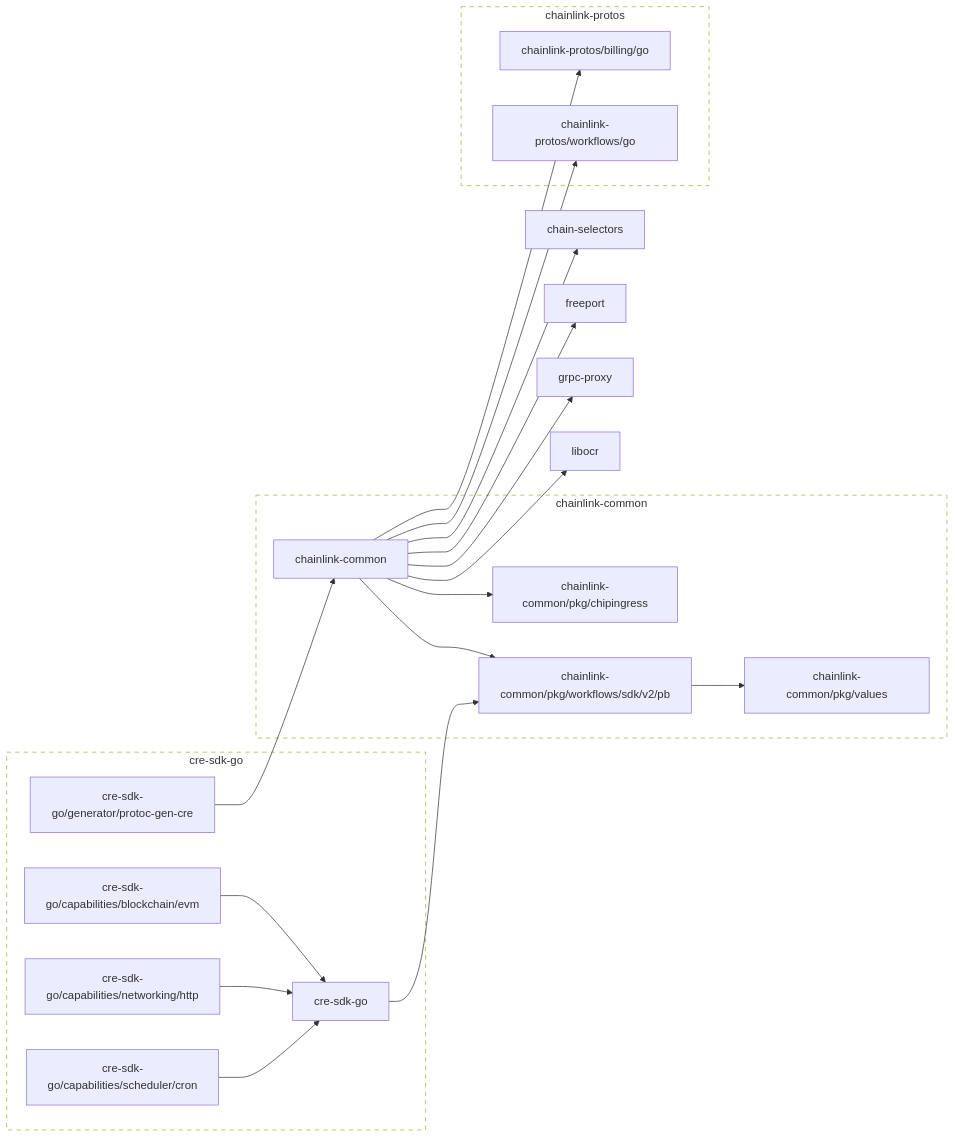
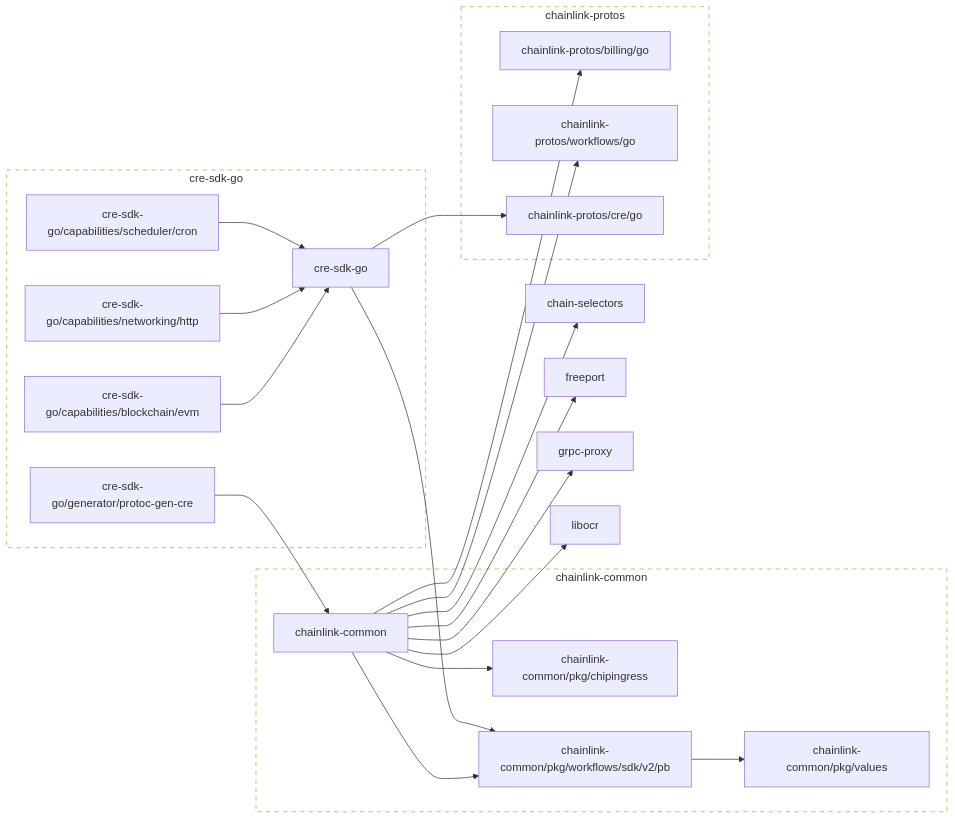
The diagram in go.md (smartcontractkit/cre-sdk-go), drawn with Mermaid before and after one commit. The commit also changed 48 other files, not shown here.

Commit message:
Use protos version of values and sdk in the cre

````diff
--- a/go.md
+++ b/go.md
@@ -2,67 +2,71 @@
 ```mermaid
 flowchart LR
 
 	chain-selectors
 	click chain-selectors href "https://github.com/smartcontractkit/chain-selectors"
 	chainlink-common --> chain-selectors
 	chainlink-common --> chainlink-common/pkg/chipingress
 	chainlink-common --> chainlink-common/pkg/workflows/sdk/v2/pb
 	chainlink-common --> chainlink-protos/billing/go
 	chainlink-common --> chainlink-protos/workflows/go
 	chainlink-common --> freeport
 	chainlink-common --> grpc-proxy
 	chainlink-common --> libocr
 	click chainlink-common href "https://github.com/smartcontractkit/chainlink-common"
 	chainlink-common/pkg/chipingress
 	click chainlink-common/pkg/chipingress href "https://github.com/smartcontractkit/chainlink-common"
 	chainlink-common/pkg/values
 	click chainlink-common/pkg/values href "https://github.com/smartcontractkit/chainlink-common"
 	chainlink-common/pkg/workflows/sdk/v2/pb --> chainlink-common/pkg/values
 	click chainlink-common/pkg/workflows/sdk/v2/pb href "https://github.com/smartcontractkit/chainlink-common"
 	chainlink-protos/billing/go
 	click chainlink-protos/billing/go href "https://github.com/smartcontractkit/chainlink-protos"
+	chainlink-protos/cre/go
+	click chainlink-protos/cre/go href "https://github.com/smartcontractkit/chainlink-protos"
 	chainlink-protos/workflows/go
 	click chainlink-protos/workflows/go href "https://github.com/smartcontractkit/chainlink-protos"
 	cre-sdk-go --> chainlink-common/pkg/workflows/sdk/v2/pb
+	cre-sdk-go --> chainlink-protos/cre/go
 	click cre-sdk-go href "https://github.com/smartcontractkit/cre-sdk-go"
 	cre-sdk-go/capabilities/blockchain/evm --> cre-sdk-go
 	click cre-sdk-go/capabilities/blockchain/evm href "https://github.com/smartcontractkit/cre-sdk-go"
 	cre-sdk-go/capabilities/networking/http --> cre-sdk-go
 	click cre-sdk-go/capabilities/networking/http href "https://github.com/smartcontractkit/cre-sdk-go"
 	cre-sdk-go/capabilities/scheduler/cron --> cre-sdk-go
 	click cre-sdk-go/capabilities/scheduler/cron href "https://github.com/smartcontractkit/cre-sdk-go"
 	cre-sdk-go/generator/protoc-gen-cre --> chainlink-common
 	click cre-sdk-go/generator/protoc-gen-cre href "https://github.com/smartcontractkit/cre-sdk-go"
 	freeport
 	click freeport href "https://github.com/smartcontractkit/freeport"
 	grpc-proxy
 	click grpc-proxy href "https://github.com/smartcontractkit/grpc-proxy"
 	libocr
 	click libocr href "https://github.com/smartcontractkit/libocr"
 
 	subgraph chainlink-common-repo[chainlink-common]
 		 chainlink-common
 		 chainlink-common/pkg/chipingress
 		 chainlink-common/pkg/values
 		 chainlink-common/pkg/workflows/sdk/v2/pb
 	end
 	click chainlink-common-repo href "https://github.com/smartcontractkit/chainlink-common"
 
 	subgraph chainlink-protos-repo[chainlink-protos]
 		 chainlink-protos/billing/go
+		 chainlink-protos/cre/go
 		 chainlink-protos/workflows/go
 	end
 	click chainlink-protos-repo href "https://github.com/smartcontractkit/chainlink-protos"
 
 	subgraph cre-sdk-go-repo[cre-sdk-go]
 		 cre-sdk-go
 		 cre-sdk-go/capabilities/blockchain/evm
 		 cre-sdk-go/capabilities/networking/http
 		 cre-sdk-go/capabilities/scheduler/cron
 		 cre-sdk-go/generator/protoc-gen-cre
 	end
 	click cre-sdk-go-repo href "https://github.com/smartcontractkit/cre-sdk-go"
 
 	classDef outline stroke-dasharray:6,fill:none;
 	class chainlink-common-repo,chainlink-protos-repo,cre-sdk-go-repo outline
 ```
````
